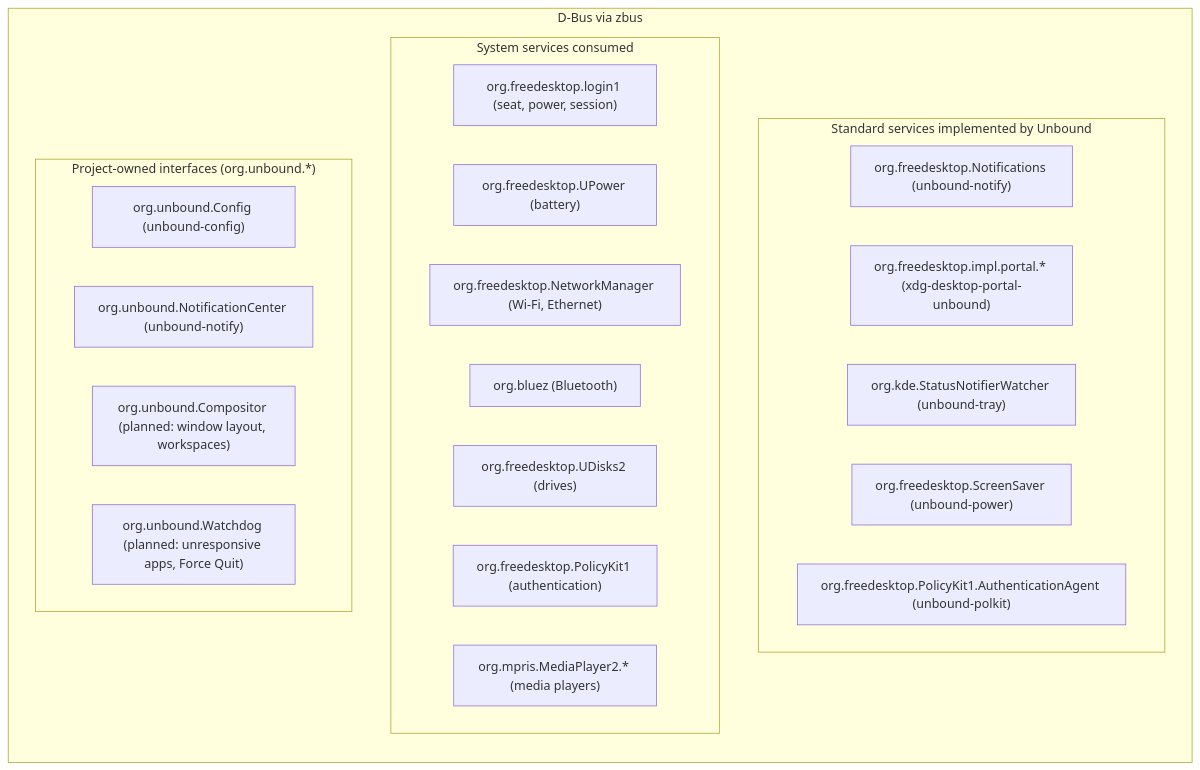
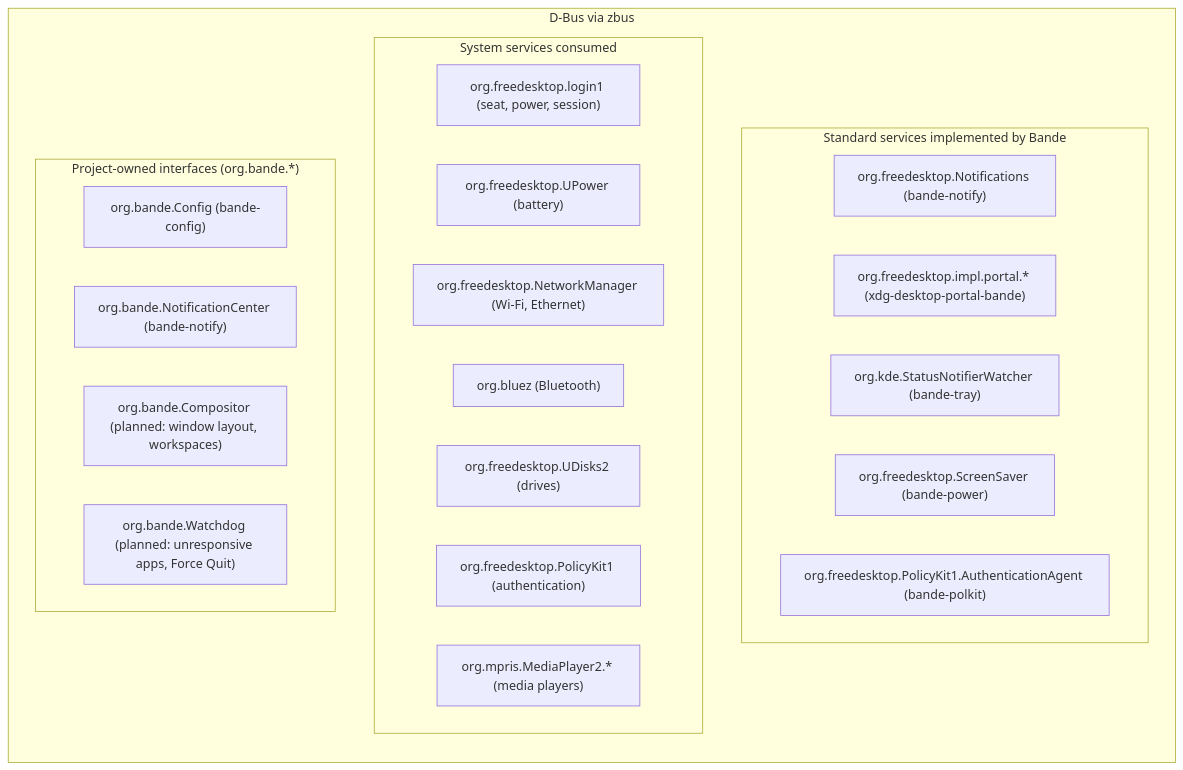
One commit to bande-linux/desktop changed the second of 2 diagrams in docs/architecture/session.md. Above: the diagram before and after it, drawn with Mermaid. The commit also changed other lines of this file and 1545 other files, not shown here.

Commit message:
Rename the project from Unbound to Bande

````diff
--- a/docs/architecture/session.md
+++ b/docs/architecture/session.md
@@ -314,28 +314,28 @@
 ```mermaid
 graph TD
     subgraph "D-Bus via zbus"
         direction TB
-        subgraph "Standard services implemented by Unbound"
-            IMP1["org.freedesktop.Notifications (unbound-notify)"]
-            IMP2["org.freedesktop.impl.portal.* (xdg-desktop-portal-unbound)"]
-            IMP3["org.kde.StatusNotifierWatcher (unbound-tray)"]
-            IMP4["org.freedesktop.ScreenSaver (unbound-power)"]
-            IMP5["org.freedesktop.PolicyKit1.AuthenticationAgent (unbound-polkit)"]
+        subgraph "Standard services implemented by Bande"
+            IMP1["org.freedesktop.Notifications (bande-notify)"]
+            IMP2["org.freedesktop.impl.portal.* (xdg-desktop-portal-bande)"]
+            IMP3["org.kde.StatusNotifierWatcher (bande-tray)"]
+            IMP4["org.freedesktop.ScreenSaver (bande-power)"]
+            IMP5["org.freedesktop.PolicyKit1.AuthenticationAgent (bande-polkit)"]
         end
         subgraph "System services consumed"
             CON1["org.freedesktop.login1 (seat, power, session)"]
             CON2["org.freedesktop.UPower (battery)"]
             CON3["org.freedesktop.NetworkManager (Wi-Fi, Ethernet)"]
             CON4["org.bluez (Bluetooth)"]
             CON5["org.freedesktop.UDisks2 (drives)"]
             CON6["org.freedesktop.PolicyKit1 (authentication)"]
             CON7["org.mpris.MediaPlayer2.* (media players)"]
         end
-        subgraph "Project-owned interfaces (org.unbound.*)"
-            OWN1["org.unbound.Config (unbound-config)"]
-            OWN2["org.unbound.NotificationCenter (unbound-notify)"]
-            OWN3["org.unbound.Compositor (planned: window layout, workspaces)"]
-            OWN4["org.unbound.Watchdog (planned: unresponsive apps, Force Quit)"]
+        subgraph "Project-owned interfaces (org.bande.*)"
+            OWN1["org.bande.Config (bande-config)"]
+            OWN2["org.bande.NotificationCenter (bande-notify)"]
+            OWN3["org.bande.Compositor (planned: window layout, workspaces)"]
+            OWN4["org.bande.Watchdog (planned: unresponsive apps, Force Quit)"]
         end
     end
 ```
````
